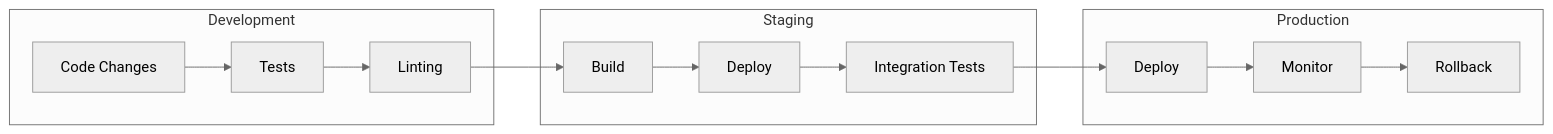
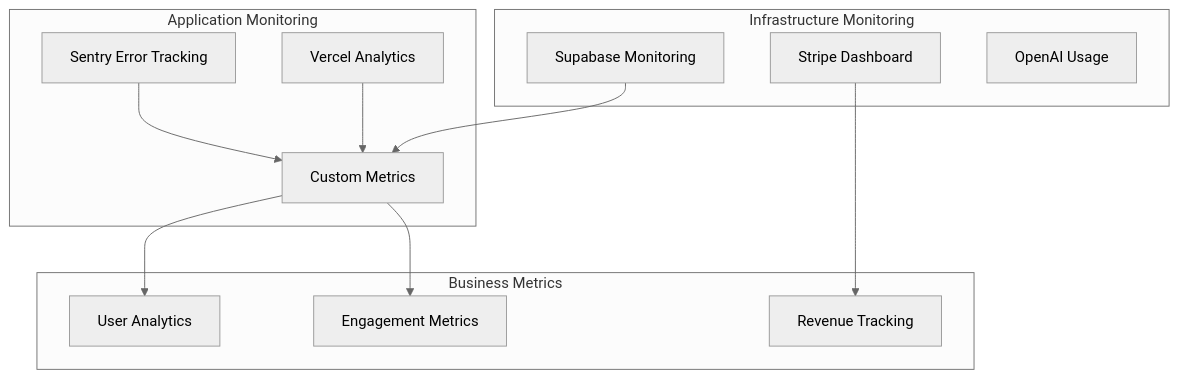
Diagram 15 of 18 in docs/ARCHITECTURE.md (HenryVantieghem/Meridian-app), drawn with Mermaid (neutral theme) before and after one commit. The commit also changed other lines of this file and 8 other files, not shown here.

````diff
--- a/docs/ARCHITECTURE.md
+++ b/docs/ARCHITECTURE.md
@@ -356,29 +464,27 @@
 ```mermaid
-graph LR
-    subgraph "Development"
-        Code[Code Changes]
-        Tests[Tests]
-        Lint[Linting]
+graph TD
+    subgraph "Application Monitoring"
+        Sentry[Sentry Error Tracking]
+        Vercel[Vercel Analytics]
+        Custom[Custom Metrics]
     end
-
-    subgraph "Staging"
-        Build[Build]
-        Deploy[Deploy]
-        Test[Integration Tests]
+    
+    subgraph "Infrastructure Monitoring"
+        Supabase[Supabase Monitoring]
+        Stripe[Stripe Dashboard]
+        OpenAI[OpenAI Usage]
     end
-
-    subgraph "Production"
-        DeployProd[Deploy]
-        Monitor[Monitor]
-        Rollback[Rollback]
+    
+    subgraph "Business Metrics"
+        Users[User Analytics]
+        Revenue[Revenue Tracking]
+        Engagement[Engagement Metrics]
     end
-
-    Code --> Tests
-    Tests --> Lint
-    Lint --> Build
-    Build --> Deploy
-    Deploy --> Test
-    Test --> DeployProd
-    DeployProd --> Monitor
-    Monitor --> Rollback
+    
+    Sentry --> Custom
+    Vercel --> Custom
+    Supabase --> Custom
+    Stripe --> Revenue
+    Custom --> Users
+    Custom --> Engagement
 ```
````
